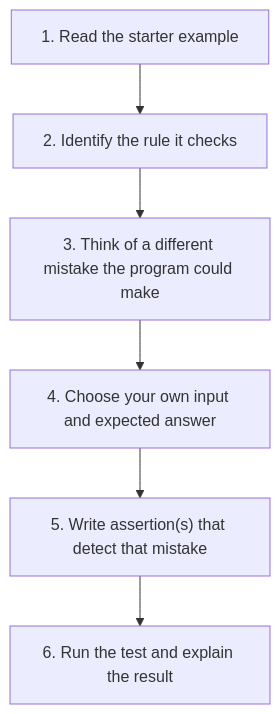
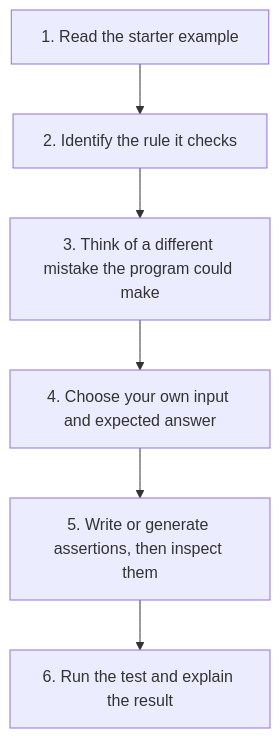
The second of 4 diagrams in docs/UNIT_TEST_STARTER_EXAMPLES.md (haiiroWednesday/SideQuest-CSCI187), drawn with Mermaid before and after one commit. The commit also changed other lines of this file and 3 other files, not shown here.

````diff
--- a/docs/UNIT_TEST_STARTER_EXAMPLES.md
+++ b/docs/UNIT_TEST_STARTER_EXAMPLES.md
@@ -74,8 +74,8 @@
 ```mermaid
 flowchart TD
     A["1. Read the starter example"] --> B["2. Identify the rule it checks"]
     B --> C["3. Think of a different mistake the program could make"]
     C --> D["4. Choose your own input and expected answer"]
-    D --> E["5. Write assertion(s) that detect that mistake"]
+    D --> E["5. Write or generate assertions, then inspect them"]
     E --> F["6. Run the test and explain the result"]
 ```
````
